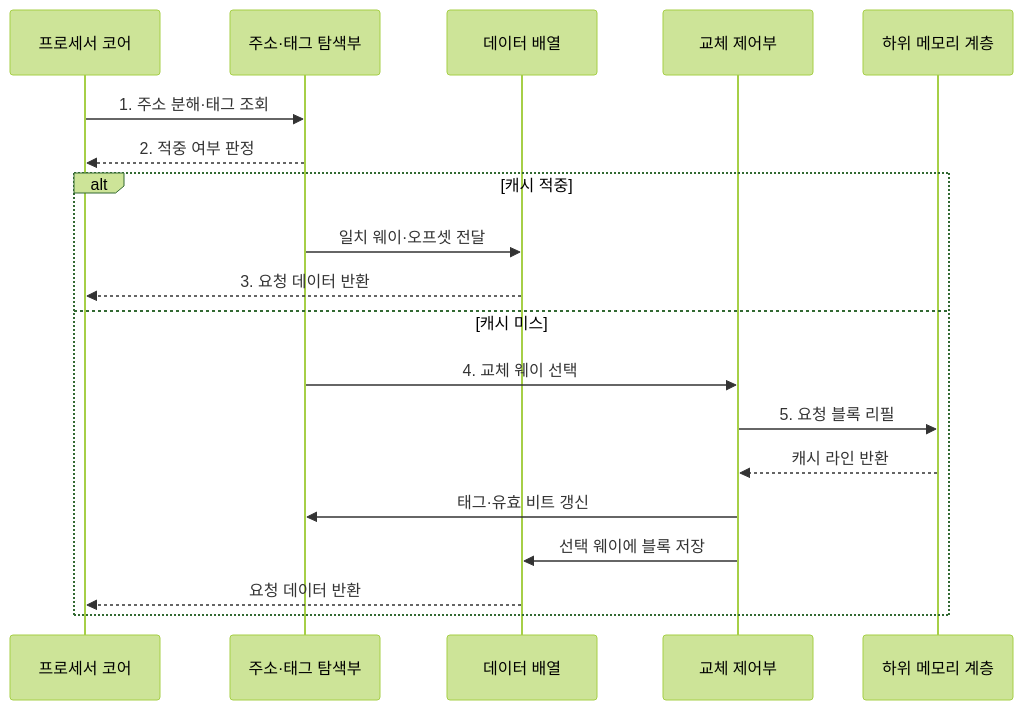
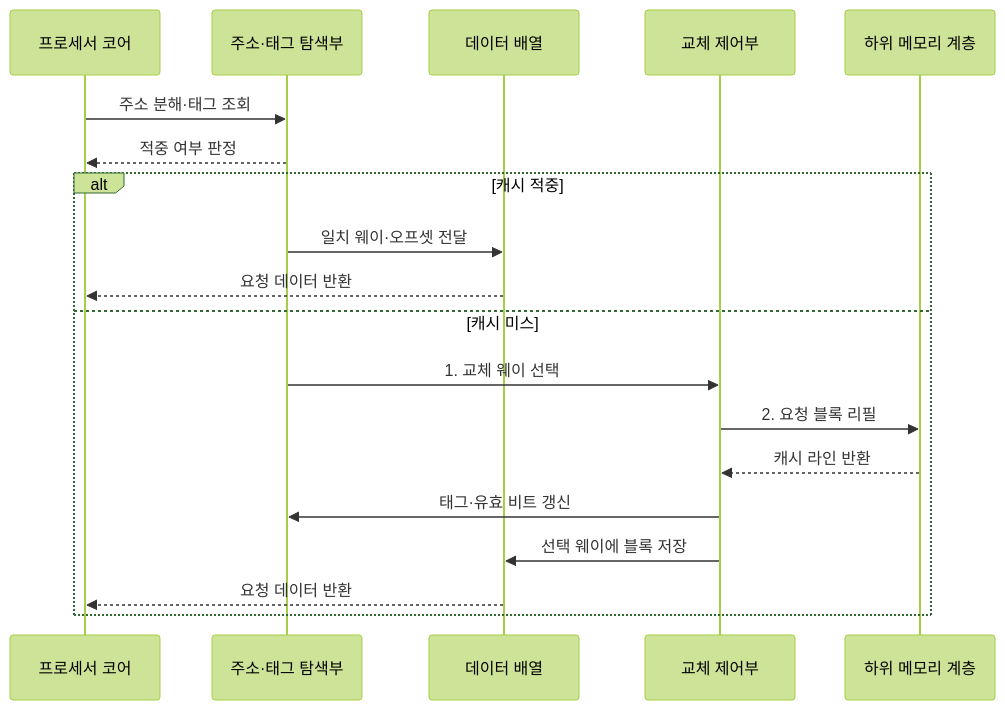
The second of 2 diagrams in src/content/docs/notes/02-hardware/012_cache_memory_mapping.md (agnusdei1207/knowledge-base), drawn with Mermaid (forest theme) before and after one commit. The commit also changed other lines of this file and 19 other files, not shown here.

````diff
--- a/src/content/docs/notes/02-hardware/012_cache_memory_mapping.md
+++ b/src/content/docs/notes/02-hardware/012_cache_memory_mapping.md
@@ -94,22 +94,22 @@
 ```mermaid
 sequenceDiagram
     participant C as 프로세서 코어
     participant L as 주소·태그 탐색부
     participant D as 데이터 배열
     participant R as 교체 제어부
     participant M as 하위 메모리 계층
 
-    C->>L: 1. 주소 분해·태그 조회
-    L-->>C: 2. 적중 여부 판정
+    C->>L: 주소 분해·태그 조회
+    L-->>C: 적중 여부 판정
     alt 캐시 적중
         L->>D: 일치 웨이·오프셋 전달
-        D-->>C: 3. 요청 데이터 반환
+        D-->>C: 요청 데이터 반환
     else 캐시 미스
-        L->>R: 4. 교체 웨이 선택
-        R->>M: 5. 요청 블록 리필
+        L->>R: 1. 교체 웨이 선택
+        R->>M: 2. 요청 블록 리필
         M-->>R: 캐시 라인 반환
         R->>L: 태그·유효 비트 갱신
         R->>D: 선택 웨이에 블록 저장
         D-->>C: 요청 데이터 반환
     end
 ```
````
